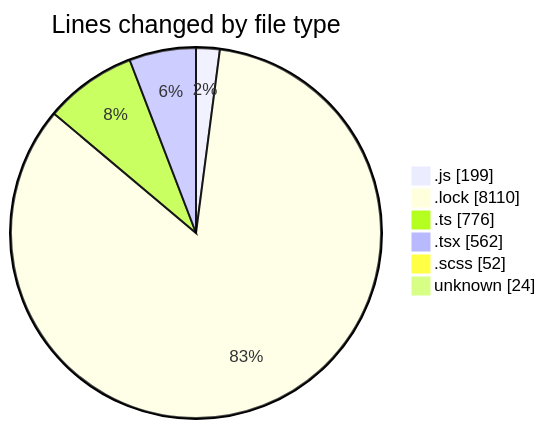
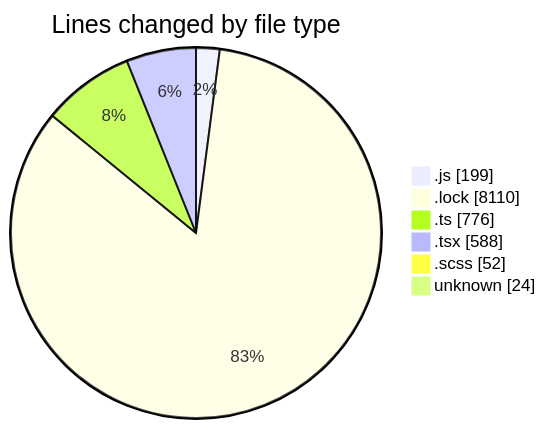
One commit to momahboobian/code-tracking changed the first of 2 diagrams in 2025-02-07/cda/README.md. Above: the diagram before and after it, drawn with Mermaid. The commit also changed other lines of this file and 1 other file, not shown here.

````diff
--- a/2025-02-07/cda/README.md
+++ b/2025-02-07/cda/README.md
@@ -53,10 +53,10 @@
 ```mermaid
 pie showData
 title Lines changed by file type
 ".js" : 199
 ".lock" : 8110
 ".ts" : 776
-".tsx" : 562
+".tsx" : 588
 ".scss" : 52
 "unknown" : 24
 ```
````
